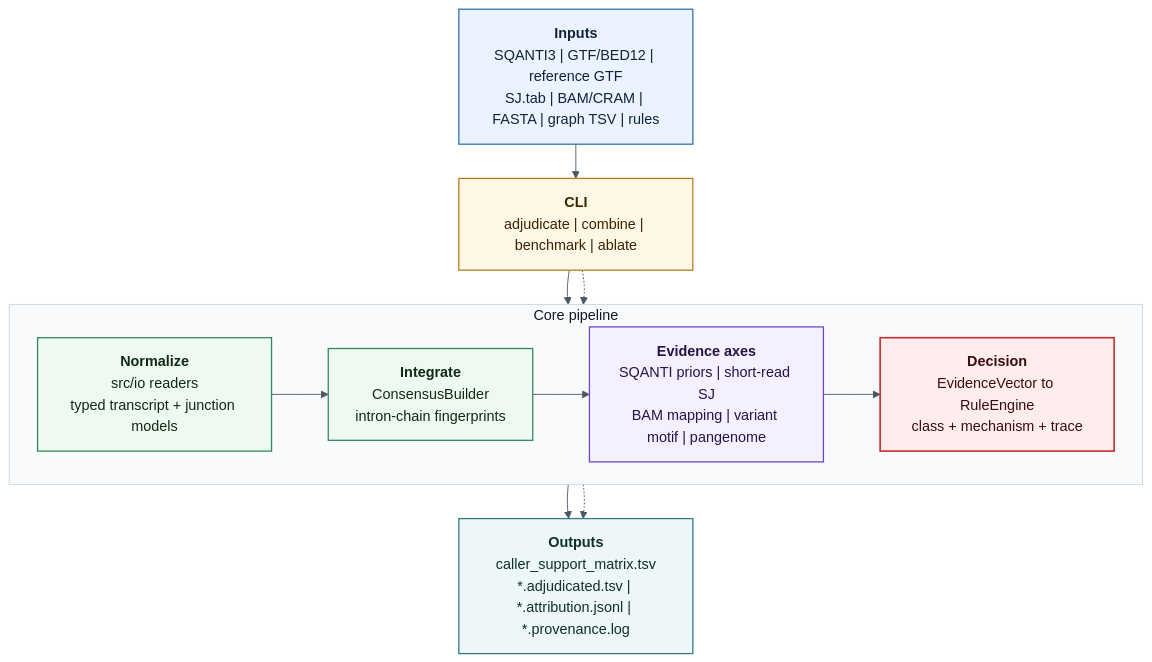
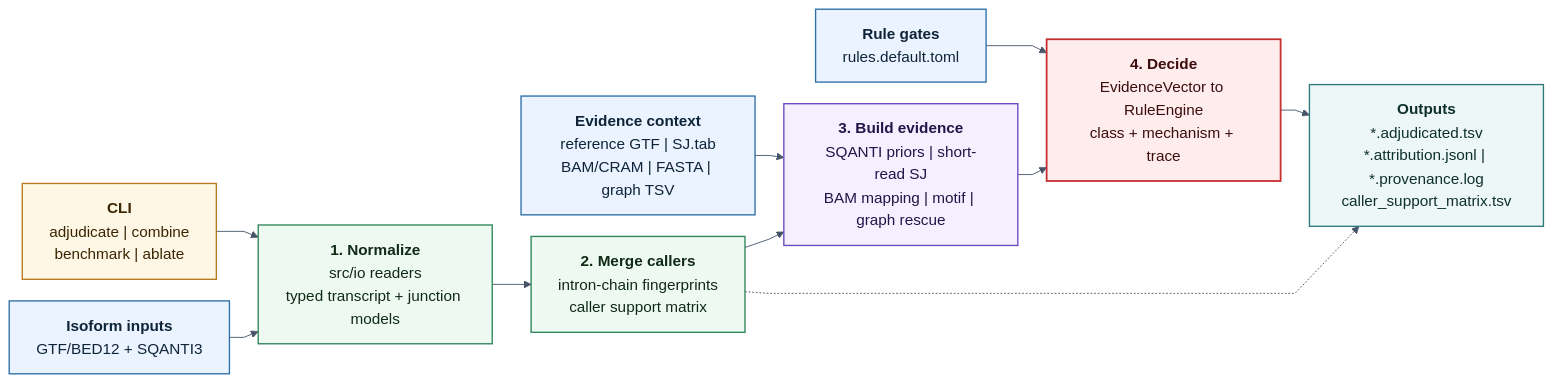
One commit to jibeomko/PanIsoGuard changed the diagram in README.md. Above: the diagram before and after it, drawn with Mermaid.

Commit message:
docs: sharpen architecture diagram

````diff
--- a/README.md
+++ b/README.md
@@ -216,35 +216,34 @@
 ```mermaid
-%%{init: {"theme": "base", "themeVariables": {"fontSize": "16px", "fontFamily": "Arial, sans-serif", "primaryTextColor": "#111827", "lineColor": "#4b5563"}, "flowchart": {"htmlLabels": true, "curve": "basis", "nodeSpacing": 30, "rankSpacing": 38}}}%%
-flowchart TB
-  Inputs["<b>Inputs</b><br/>SQANTI3 | GTF/BED12 | reference GTF<br/>SJ.tab | BAM/CRAM | FASTA | graph TSV | rules"]
-  CLI["<b>CLI</b><br/>adjudicate | combine | benchmark | ablate"]
+%%{init: {"theme": "base", "themeVariables": {"fontSize": "17px", "fontFamily": "Arial, sans-serif", "primaryTextColor": "#111827", "lineColor": "#475569"}, "flowchart": {"htmlLabels": true, "curve": "linear", "nodeSpacing": 24, "rankSpacing": 32}}}%%
+flowchart LR
+  CLI["<b>CLI</b><br/>adjudicate | combine<br/>benchmark | ablate"]
+  Iso["<b>Isoform inputs</b><br/>GTF/BED12 + SQANTI3"]
+  Context["<b>Evidence context</b><br/>reference GTF | SJ.tab<br/>BAM/CRAM | FASTA | graph TSV"]
+  Rules["<b>Rule gates</b><br/>rules.default.toml"]
 
-  subgraph Core["Core pipeline"]
-    direction LR
-    Normalize["<b>Normalize</b><br/>src/io readers<br/>typed transcript + junction models"]
-    Integrate["<b>Integrate</b><br/>ConsensusBuilder<br/>intron-chain fingerprints"]
-    Evidence["<b>Evidence axes</b><br/>SQANTI priors | short-read SJ<br/>BAM mapping | variant motif | pangenome"]
-    Decide["<b>Decision</b><br/>EvidenceVector to RuleEngine<br/>class + mechanism + trace"]
-  end
+  Normalize["<b>1. Normalize</b><br/>src/io readers<br/>typed transcript + junction models"]
+  Consensus["<b>2. Merge callers</b><br/>intron-chain fingerprints<br/>caller support matrix"]
+  Evidence["<b>3. Build evidence</b><br/>SQANTI priors | short-read SJ<br/>BAM mapping | motif | graph rescue"]
+  Decide["<b>4. Decide</b><br/>EvidenceVector to RuleEngine<br/>class + mechanism + trace"]
+  Outputs["<b>Outputs</b><br/>*.adjudicated.tsv<br/>*.attribution.jsonl | *.provenance.log<br/>caller_support_matrix.tsv"]
 
-  Outputs["<b>Outputs</b><br/>caller_support_matrix.tsv<br/>*.adjudicated.tsv | *.attribution.jsonl | *.provenance.log"]
+  CLI --> Normalize
+  Iso --> Normalize --> Consensus --> Evidence --> Decide --> Outputs
+  Context --> Evidence
+  Rules --> Decide
+  Consensus -.-> Outputs
 
-  Inputs --> CLI --> Normalize --> Integrate --> Evidence --> Decide --> Outputs
-  Integrate -.-> Outputs
-  CLI -.-> Decide
+  classDef command fill:#fff7e6,stroke:#b7791f,stroke-width:1.5px,color:#3a2500,font-size:17px;
+  classDef input fill:#eaf3ff,stroke:#2f6fa8,stroke-width:1.5px,color:#0f2438,font-size:17px;
+  classDef process fill:#eefaf1,stroke:#2f855a,stroke-width:1.5px,color:#102a16,font-size:17px;
+  classDef evidence fill:#f5f0ff,stroke:#6b46c1,stroke-width:1.5px,color:#241447,font-size:17px;
+  classDef decision fill:#ffecec,stroke:#c53030,stroke-width:2px,color:#3b0d0d,font-size:17px;
+  classDef output fill:#edf7f7,stroke:#2c7a7b,stroke-width:1.5px,color:#0f2f2f,font-size:17px;
 
-  classDef input fill:#eaf3ff,stroke:#2f6fa8,stroke-width:1.4px,color:#0f2438,font-size:16px;
-  classDef cli fill:#fff7e6,stroke:#b7791f,stroke-width:1.4px,color:#3a2500,font-size:16px;
-  classDef core fill:#eefaf1,stroke:#2f855a,stroke-width:1.4px,color:#102a16,font-size:16px;
-  classDef evidence fill:#f5f0ff,stroke:#6b46c1,stroke-width:1.4px,color:#241447,font-size:16px;
-  classDef decision fill:#ffecec,stroke:#c53030,stroke-width:1.8px,color:#3b0d0d,font-size:16px;
-  classDef output fill:#edf7f7,stroke:#2c7a7b,stroke-width:1.4px,color:#0f2f2f,font-size:16px;
-
-  class Inputs input;
-  class CLI cli;
-  class Normalize,Integrate core;
+  class CLI command;
+  class Iso,Context,Rules input;
+  class Normalize,Consensus process;
   class Evidence evidence;
   class Decide decision;
   class Outputs output;
-  style Core fill:#f8fafc,stroke:#cbd5e1,stroke-width:1px,color:#111827;
 ```
````
